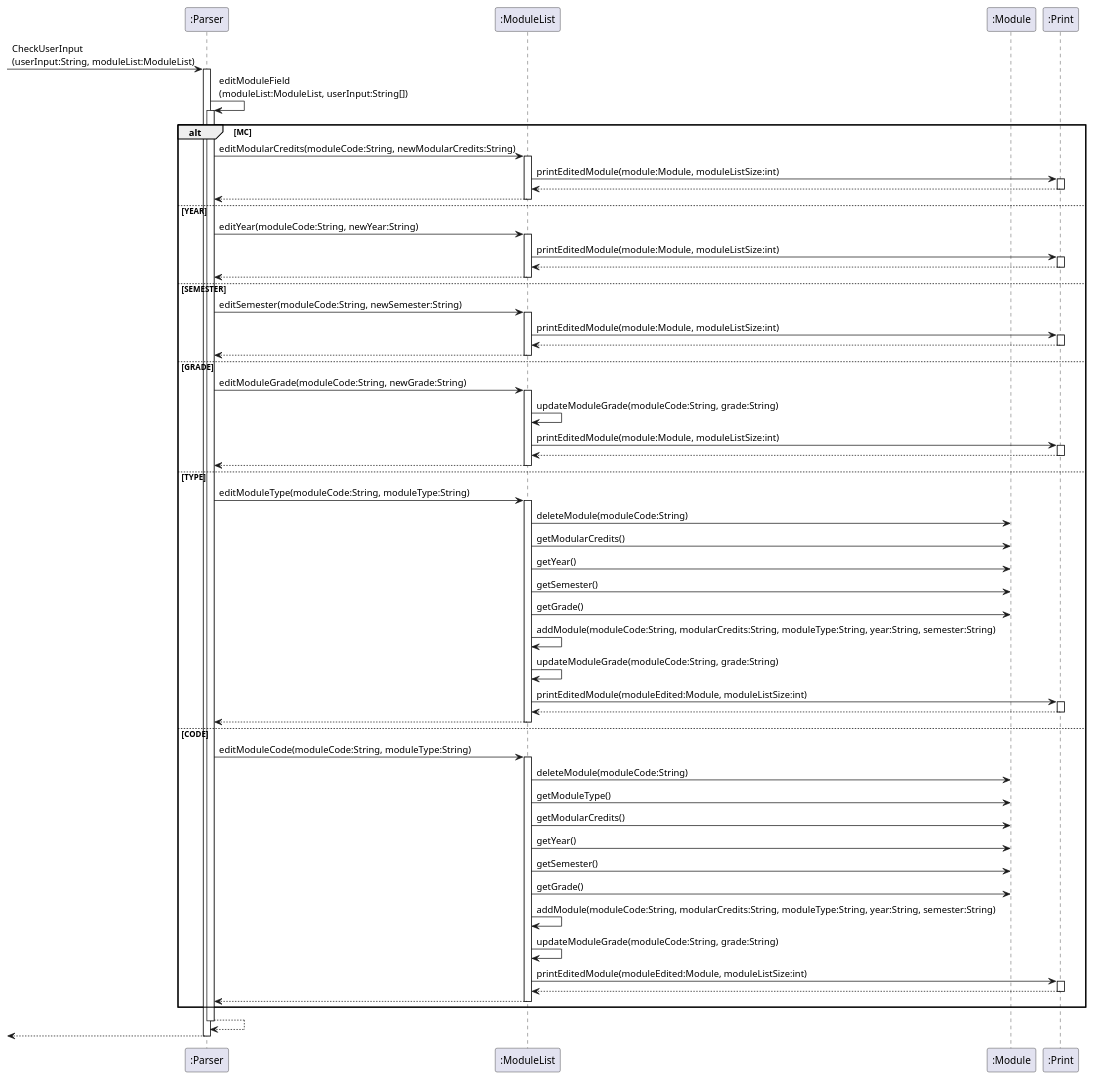
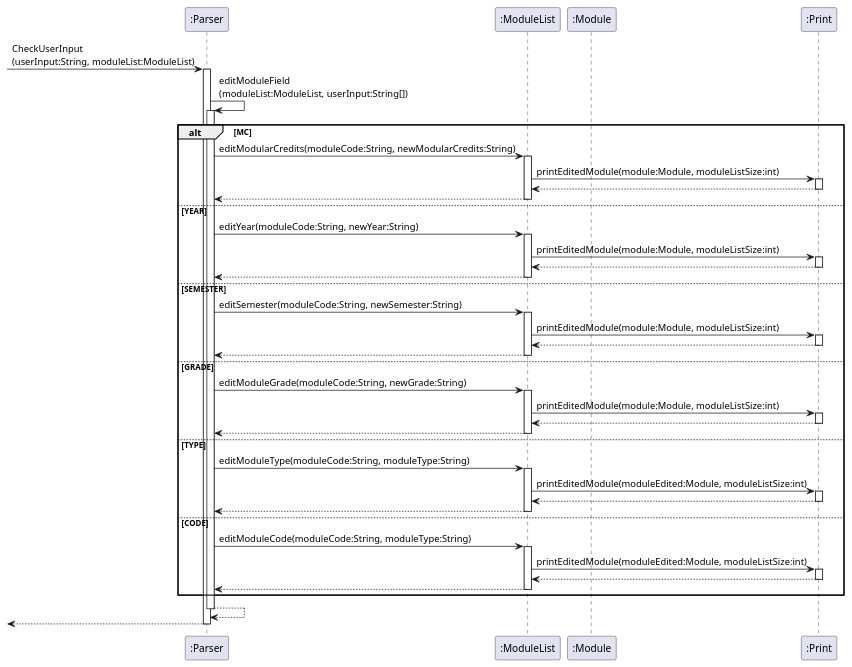
The diagram in docs/diagrams/EditCommand.puml (saintzaw/tp), drawn with PlantUML before and after one commit. The commit also changed 5 other files, not shown here.

Commit message:
Clean up edit command sequence diagram

```diff
--- a/docs/diagrams/EditCommand.puml
+++ b/docs/diagrams/EditCommand.puml
@@ -1,97 +1,74 @@
 @startuml
 
 participant ":Parser" as Parser
 participant ":ModuleList" as ML
 participant ":Module" as Mod
 participant ":Print" as Print
 [->Parser : CheckUserInput\n(userInput:String, moduleList:ModuleList)
 activate Parser
 Parser -> Parser : editModuleField\n(moduleList:ModuleList, userInput:String[])
 activate Parser
 
 
 alt MC
     Parser -> ML : editModularCredits(moduleCode:String, newModularCredits:String)
     activate ML
     ML -> Print : printEditedModule(module:Module, moduleListSize:int)
     activate Print
     Print --> ML
     deactivate Print
     ML --> Parser
     deactivate ML
 else YEAR
     Parser -> ML : editYear(moduleCode:String, newYear:String)
     activate ML
     ML -> Print : printEditedModule(module:Module, moduleListSize:int)
     activate Print
     Print --> ML
     deactivate Print
     ML --> Parser
     deactivate ML
 else SEMESTER
     Parser -> ML : editSemester(moduleCode:String, newSemester:String)
     activate ML
     ML -> Print : printEditedModule(module:Module, moduleListSize:int)
     activate Print
     Print --> ML
     deactivate Print
     ML --> Parser
     deactivate ML
 else GRADE
     Parser -> ML : editModuleGrade(moduleCode:String, newGrade:String)
     activate ML
-    ML -> ML: updateModuleGrade(moduleCode:String, grade:String)
-
     ML -> Print : printEditedModule(module:Module, moduleListSize:int)
     activate Print
     Print --> ML
     deactivate Print
     ML --> Parser
     deactivate ML
 else TYPE
     Parser -> ML : editModuleType(moduleCode:String, moduleType:String)
     activate ML
-        ML -> Mod: deleteModule(moduleCode:String)
-        ML -> Mod: getModularCredits()
-        ML -> Mod: getYear()
-        ML -> Mod: getSemester()
-        ML -> Mod: getGrade()
-
-        ML -> ML: addModule(moduleCode:String, modularCredits:String, moduleType:String, year:String, semester:String)
-
-        ML -> ML: updateModuleGrade(moduleCode:String, grade:String)
-
         ML -> Print : printEditedModule(moduleEdited:Module, moduleListSize:int)
         activate Print
         Print --> ML
         deactivate Print
     ML --> Parser
     deactivate ML
 else CODE
     Parser -> ML : editModuleCode(moduleCode:String, moduleType:String)
     activate ML
-        ML -> Mod: deleteModule(moduleCode:String)
-        ML -> Mod: getModuleType()
-        ML -> Mod: getModularCredits()
-        ML -> Mod: getYear()
-        ML -> Mod: getSemester()
-        ML -> Mod: getGrade()
-
-        ML -> ML: addModule(moduleCode:String, modularCredits:String, moduleType:String, year:String, semester:String)
-
-        ML -> ML: updateModuleGrade(moduleCode:String, grade:String)
-
         ML -> Print : printEditedModule(moduleEdited:Module, moduleListSize:int)
         activate Print
         Print --> ML
         deactivate Print
     ML --> Parser
     deactivate ML
 end
 Parser --> Parser
 deactivate Parser
 
 Parser-->[
 deactivate Parser
 
 @enduml
```
